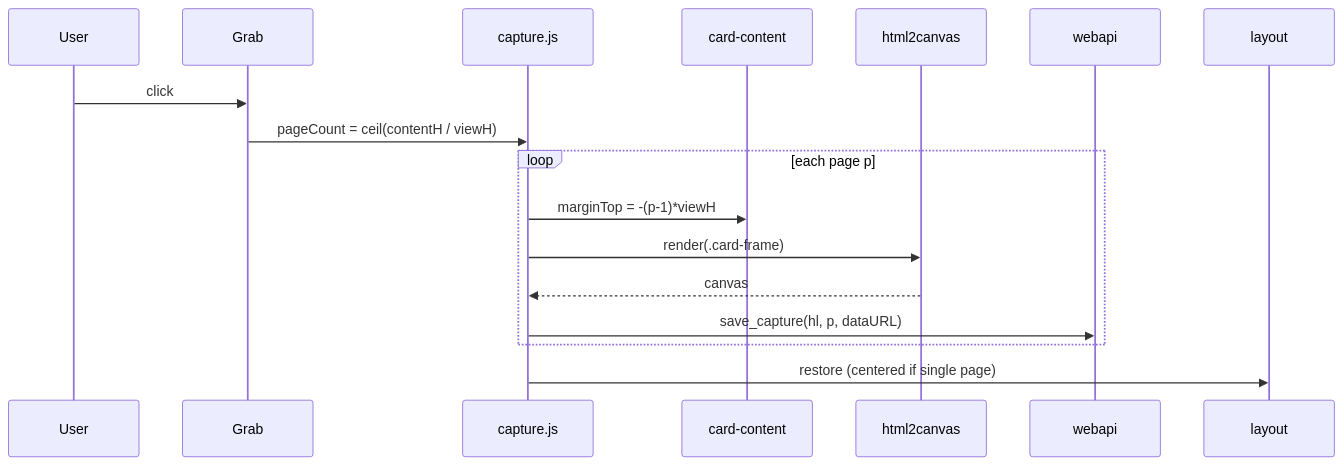
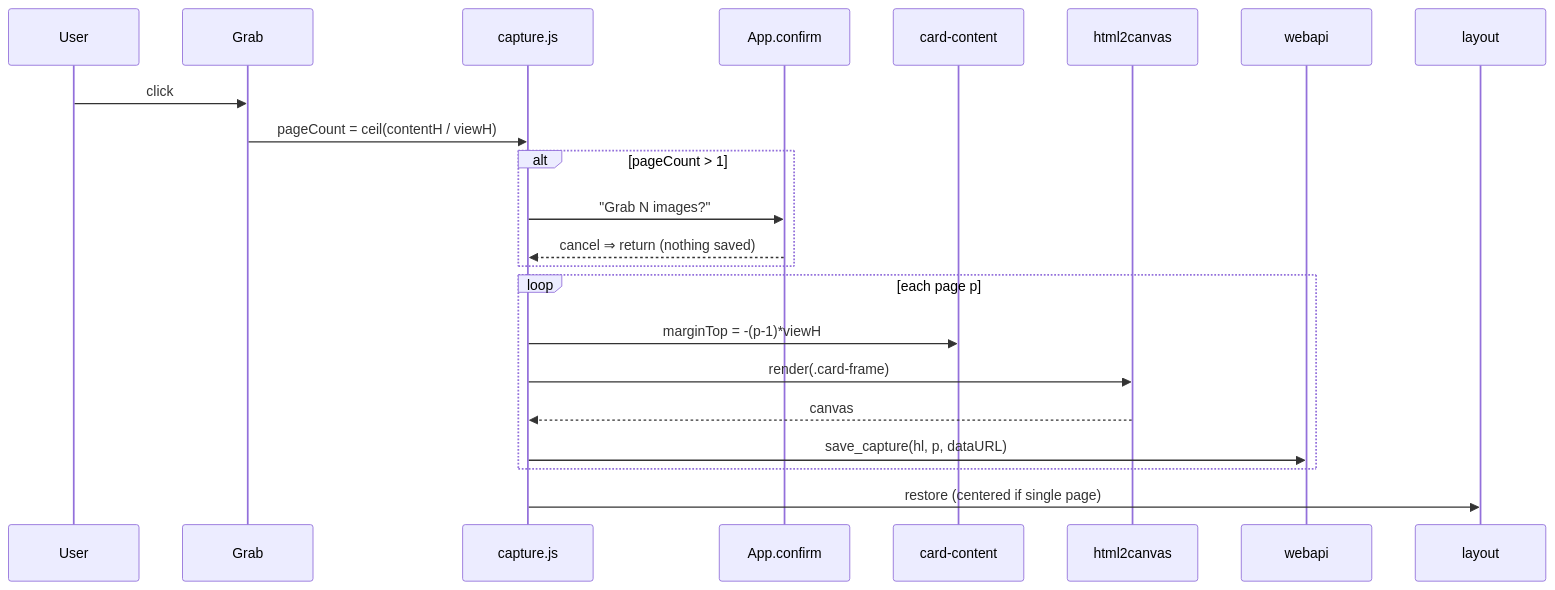
Before and after one commit to MartinGamsby/WriterHelper: the diagram in wiki/concepts/image-card-capture.md, drawn with Mermaid. The commit also changed other lines of this file and 5 other files, not shown here.

````diff
--- a/wiki/concepts/image-card-capture.md
+++ b/wiki/concepts/image-card-capture.md
@@ -33,12 +44,16 @@
 ```mermaid
 sequenceDiagram
     User->>Grab: click
     Grab->>capture.js: pageCount = ceil(contentH / viewH)
+    alt pageCount > 1
+        capture.js->>App.confirm: "Grab N images?"
+        App.confirm-->>capture.js: cancel ⇒ return (nothing saved)
+    end
     loop each page p
         capture.js->>card-content: marginTop = -(p-1)*viewH
         capture.js->>html2canvas: render(.card-frame)
         html2canvas-->>capture.js: canvas
         capture.js->>webapi: save_capture(hl, p, dataURL)
     end
     capture.js->>layout: restore (centered if single page)
 ```
````
